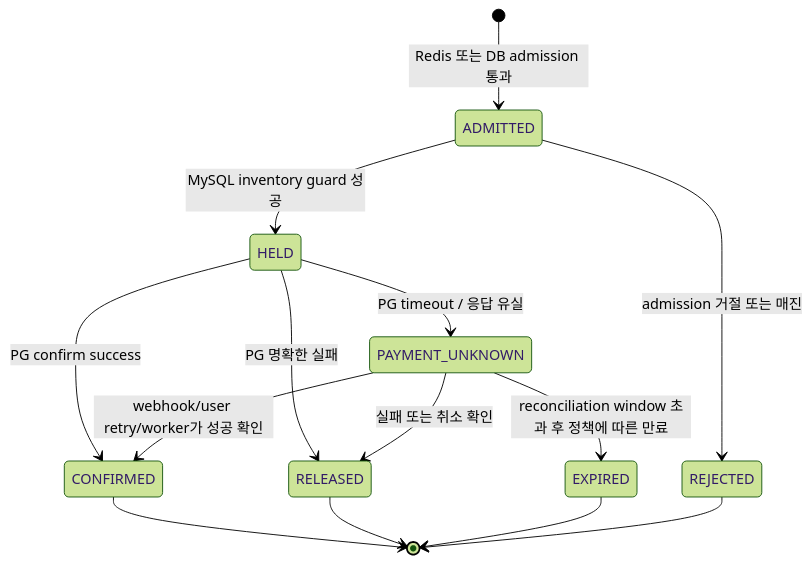
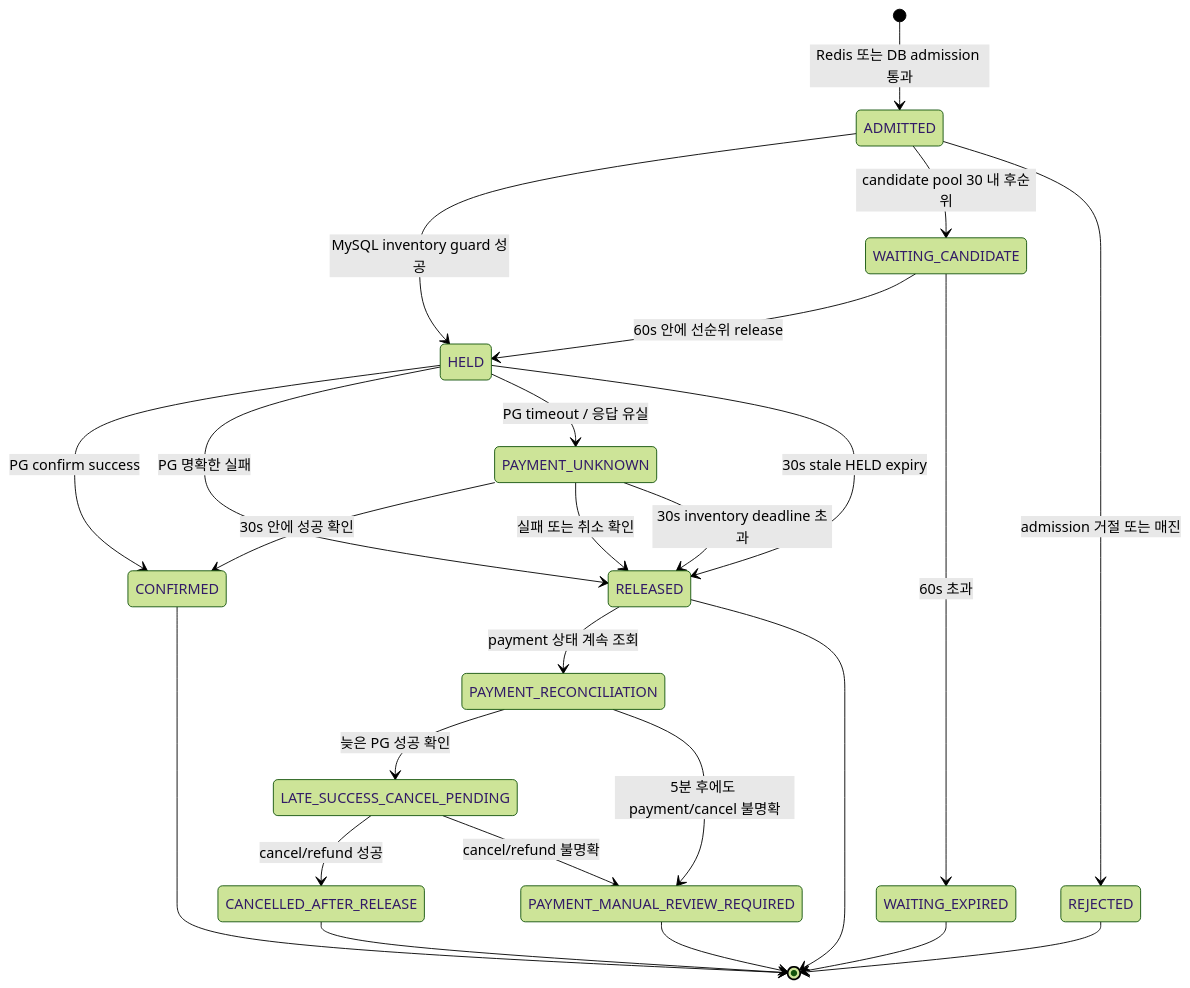
The sixth of 6 diagrams in docs/system-design/booking-user-flow-mermaid.md (lsh1215/peak-booking-system), drawn with Mermaid (forest theme) before and after one commit. The commit also changed other lines of this file and 7 other files, not shown here.

````diff
--- a/docs/system-design/booking-user-flow-mermaid.md
+++ b/docs/system-design/booking-user-flow-mermaid.md
@@ -192,16 +222,27 @@
 ```mermaid
 stateDiagram-v2
     [*] --> ADMITTED: Redis 또는 DB admission 통과
     ADMITTED --> HELD: MySQL inventory guard 성공
+    ADMITTED --> WAITING_CANDIDATE: candidate pool 30 내 후순위
     ADMITTED --> REJECTED: admission 거절 또는 매진
+    WAITING_CANDIDATE --> HELD: 60s 안에 선순위 release
+    WAITING_CANDIDATE --> WAITING_EXPIRED: 60s 초과
     HELD --> CONFIRMED: PG confirm success
     HELD --> RELEASED: PG 명확한 실패
     HELD --> PAYMENT_UNKNOWN: PG timeout / 응답 유실
-    PAYMENT_UNKNOWN --> CONFIRMED: webhook/user retry/worker가 성공 확인
+    HELD --> RELEASED: 30s stale HELD expiry
+    PAYMENT_UNKNOWN --> CONFIRMED: 30s 안에 성공 확인
     PAYMENT_UNKNOWN --> RELEASED: 실패 또는 취소 확인
-    PAYMENT_UNKNOWN --> EXPIRED: reconciliation window 초과 후 정책에 따른 만료
+    PAYMENT_UNKNOWN --> RELEASED: 30s inventory deadline 초과
+    RELEASED --> PAYMENT_RECONCILIATION: payment 상태 계속 조회
+    PAYMENT_RECONCILIATION --> LATE_SUCCESS_CANCEL_PENDING: 늦은 PG 성공 확인
+    LATE_SUCCESS_CANCEL_PENDING --> CANCELLED_AFTER_RELEASE: cancel/refund 성공
+    LATE_SUCCESS_CANCEL_PENDING --> PAYMENT_MANUAL_REVIEW_REQUIRED: cancel/refund 불명확
+    PAYMENT_RECONCILIATION --> PAYMENT_MANUAL_REVIEW_REQUIRED: 5분 후에도 payment/cancel 불명확
     CONFIRMED --> [*]
     RELEASED --> [*]
-    EXPIRED --> [*]
+    PAYMENT_MANUAL_REVIEW_REQUIRED --> [*]
+    CANCELLED_AFTER_RELEASE --> [*]
+    WAITING_EXPIRED --> [*]
     REJECTED --> [*]
 ```
````
